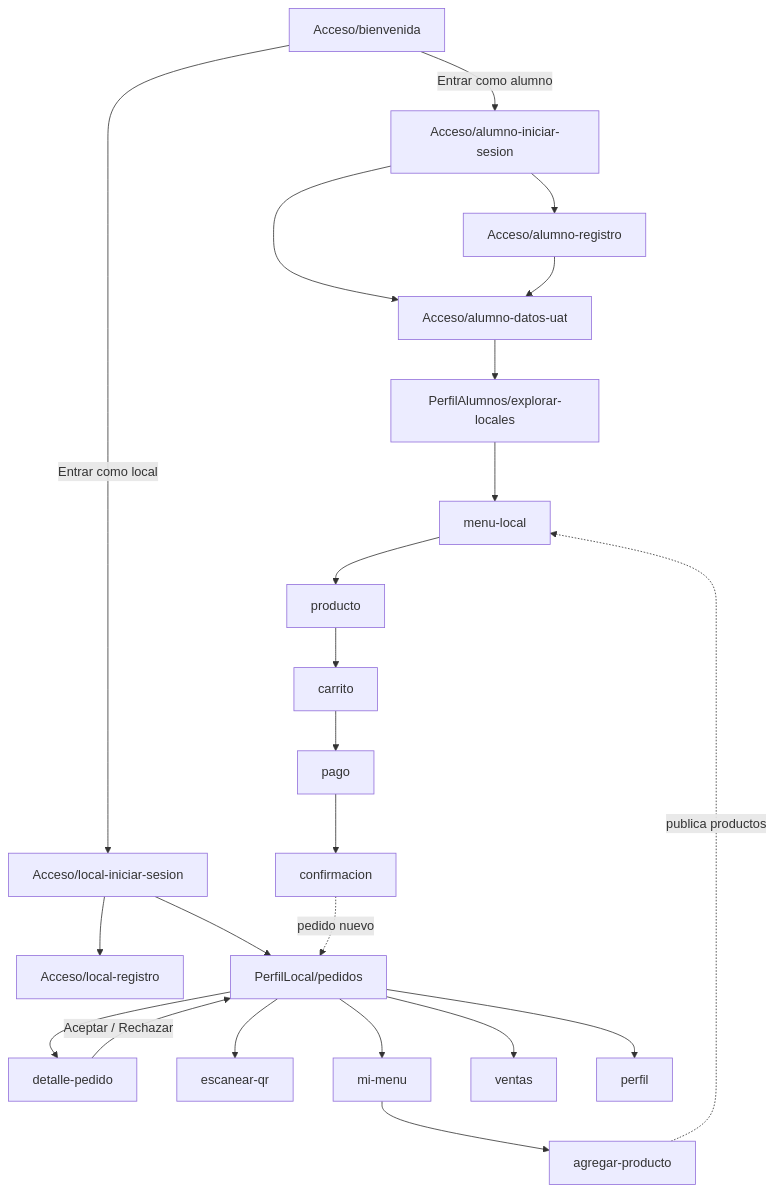
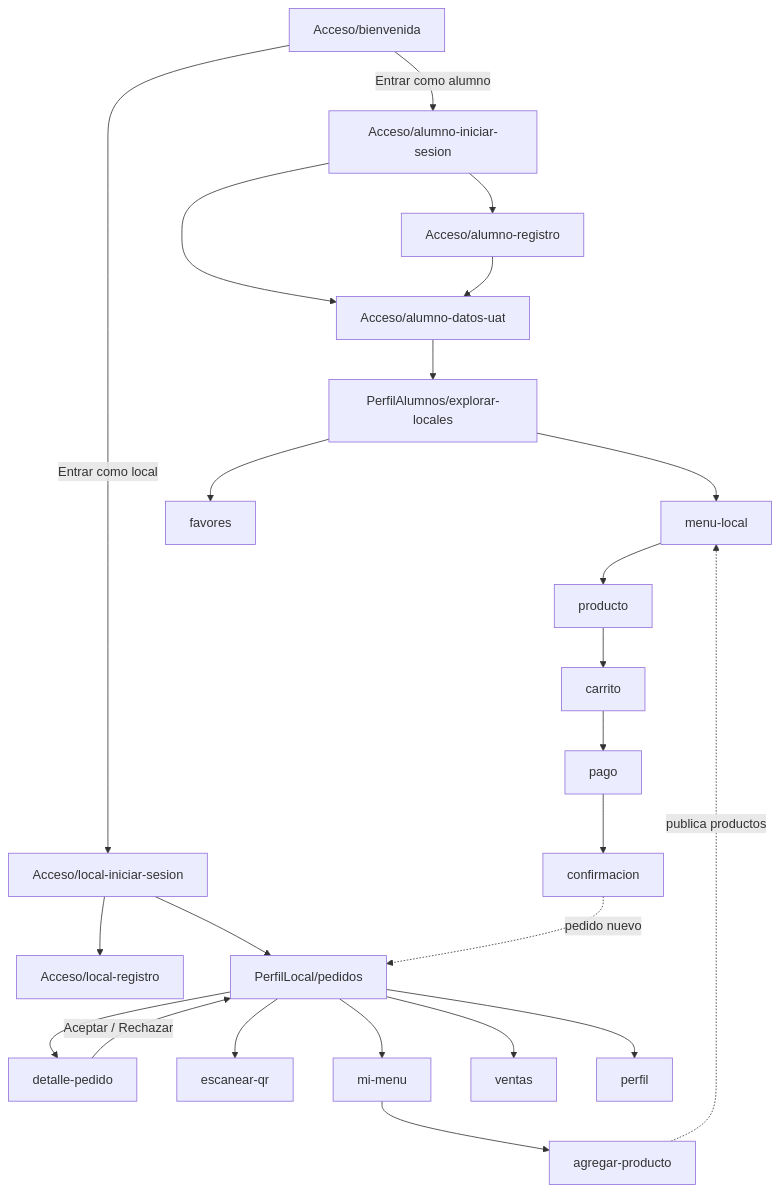
One commit to jefth1/Pick-Up-UAT changed the diagram in docs/diagrama.md. Above: the diagram before and after it, drawn with Mermaid. The commit also changed other lines of this file and 13 other files, not shown here.

````diff
--- a/docs/diagrama.md
+++ b/docs/diagrama.md
@@ -5,23 +5,24 @@
 ```mermaid
 flowchart TD
   B[Acceso/bienvenida] -->|Entrar como alumno| AS[Acceso/alumno-iniciar-sesion]
   AS --> AR[Acceso/alumno-registro]
   AS --> D[Acceso/alumno-datos-uat]
   AR --> D
   B -->|Entrar como local| LS[Acceso/local-iniciar-sesion]
   LS --> LR[Acceso/local-registro]
 
   D --> E[PerfilAlumnos/explorar-locales]
   E --> M[menu-local] --> P[producto] --> C[carrito] --> PG[pago] --> CF[confirmacion]
+  E --> FV[favores]
 
   LS --> PD[PerfilLocal/pedidos]
   PD --> DP[detalle-pedido]
   DP -->|Aceptar / Rechazar| PD
   PD --> QR[escanear-qr]
   PD --> MM[mi-menu] --> AP[agregar-producto]
   PD --> V[ventas]
   PD --> PF[perfil]
 
   AP -. publica productos .-> M
   CF -. pedido nuevo .-> PD
 ```
````
